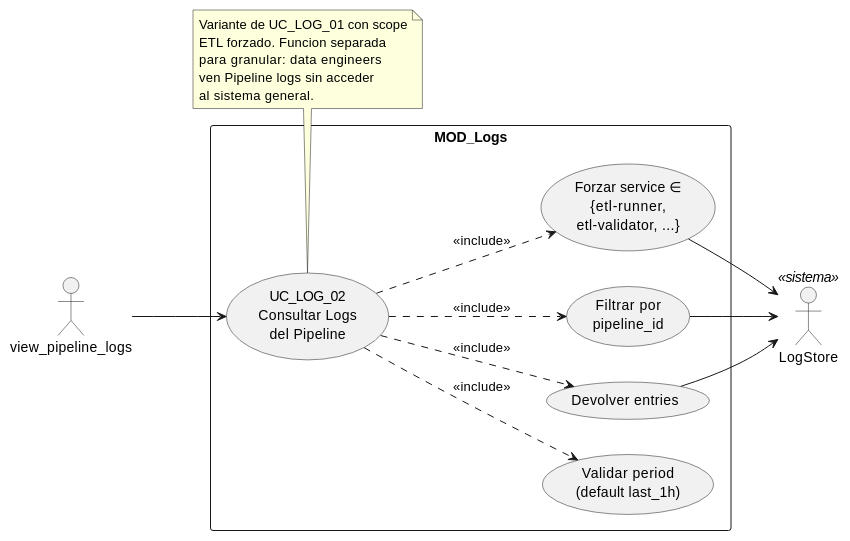
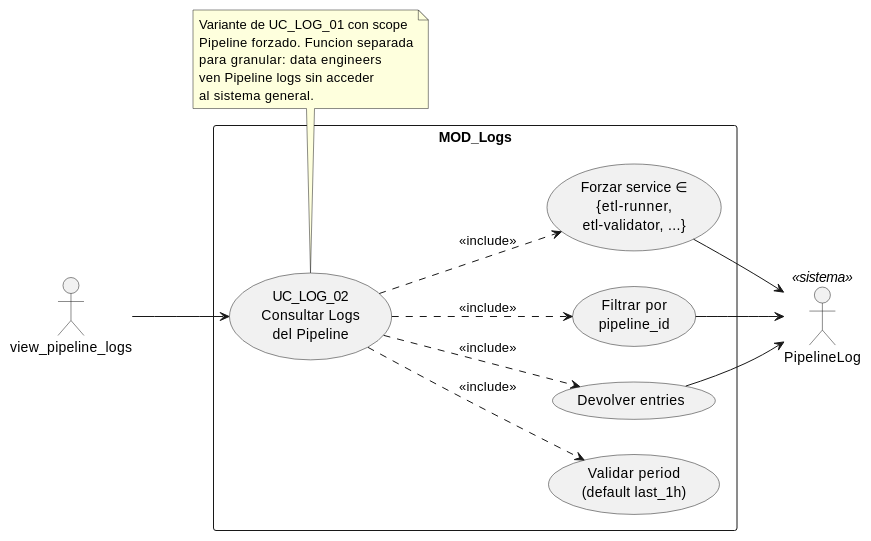
Before and after one commit to jcg-admin/IACT-docs: the diagram in source/requisitos/casos-uso/logs/uc-log-02/diagramas-uml/diagrama-de-caso-de-uso.rst, drawn with PlantUML. The commit also changed other lines of this file and 52 other files, not shown here.

```diff
--- a/source/requisitos/casos-uso/logs/uc-log-02/diagramas-uml/diagrama-de-caso-de-uso.rst
+++ b/source/requisitos/casos-uso/logs/uc-log-02/diagramas-uml/diagrama-de-caso-de-uso.rst
@@ -4,37 +4,37 @@
 .. uml::
  :caption: UC_LOG_02 — actores y casos asociados
 
  @startuml
 
  left to right direction
 
  actor "view_pipeline_logs" as INVOKER
- actor "LogStore" as STORE <<sistema>>
+ actor "PipelineLog" as PL <<sistema>>
 
  rectangle "MOD_Logs" {
    usecase "UC_LOG_02\nConsultar Logs\ndel Pipeline" as UC_LOG_02
    usecase "Validar period\n(default last_1h)" as VALIDAR_PERIOD
    usecase "Forzar service ∈\n{etl-runner,\netl-validator, ...}" as FORZAR_SERVICE
    usecase "Filtrar por\npipeline_id" as FILTRAR_PIP
    usecase "Devolver entries" as DEVOLVER
  }
 
  INVOKER --> UC_LOG_02
  UC_LOG_02 ..> VALIDAR_PERIOD : <<include>>
  UC_LOG_02 ..> FORZAR_SERVICE : <<include>>
  UC_LOG_02 ..> FILTRAR_PIP : <<include>>
  UC_LOG_02 ..> DEVOLVER : <<include>>
 
- FORZAR_SERVICE --> STORE
- FILTRAR_PIP --> STORE
- DEVOLVER --> STORE
+ FORZAR_SERVICE --> PL
+ FILTRAR_PIP --> PL
+ DEVOLVER --> PL
 
  note bottom of UC_LOG_02
    Variante de UC_LOG_01 con scope
-   ETL forzado. Funcion separada
+   Pipeline forzado. Funcion separada
    para granular: data engineers
    ven Pipeline logs sin acceder
    al sistema general.
  end note
 
  @enduml
```
